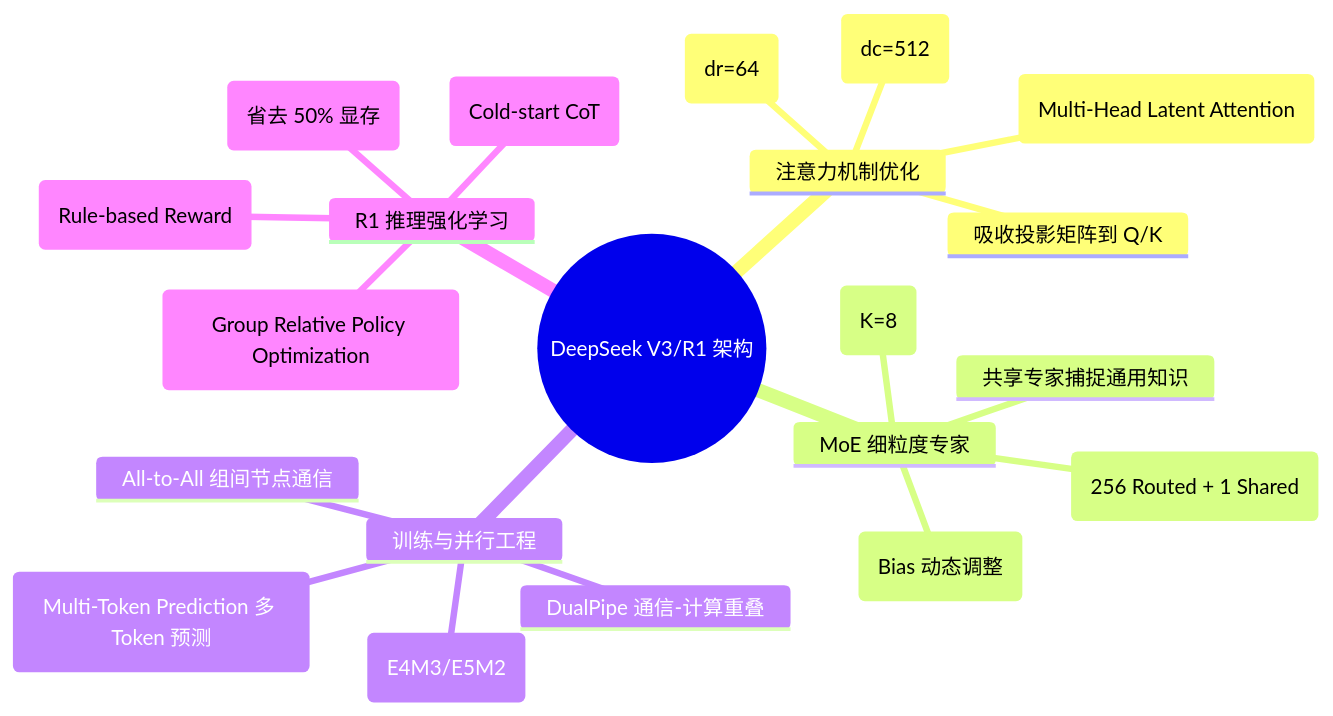
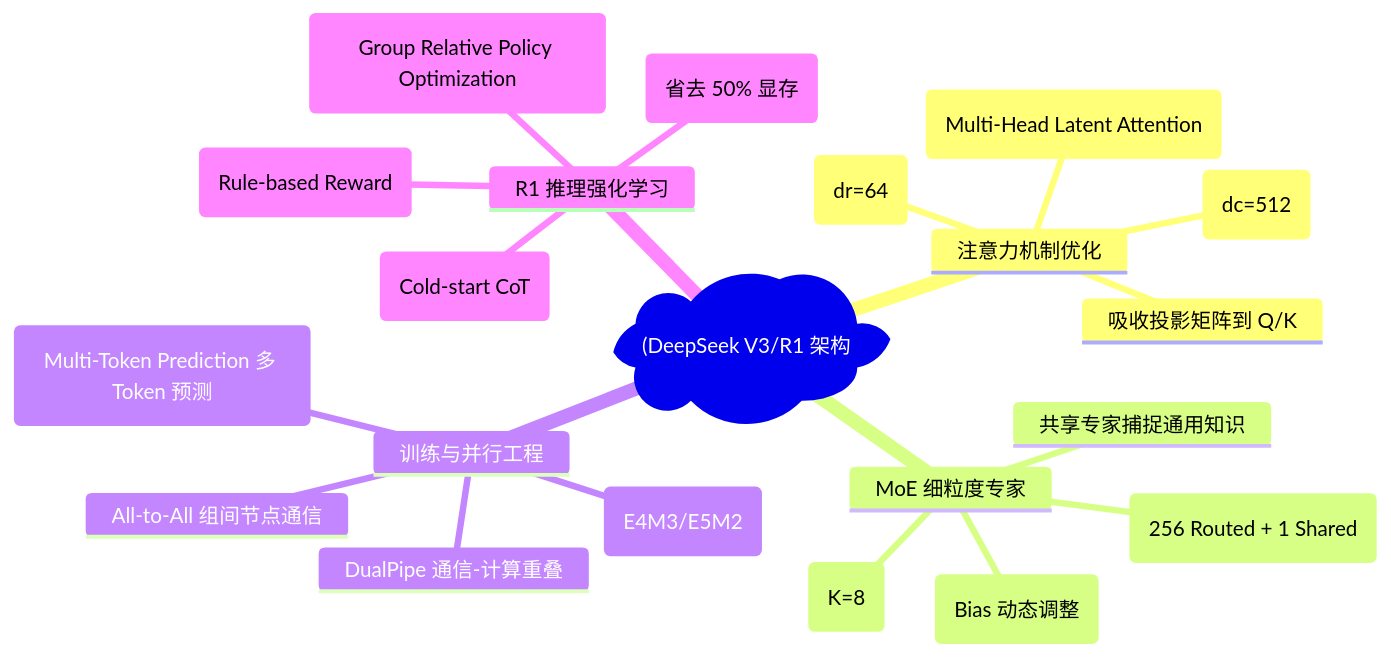
The first of 7 diagrams in docs/atlas/deepseek.mdx (koosai/AI-Architect-Learning), drawn with Mermaid before and after one commit. The commit also changed other lines of this file and 187 other files, not shown here.

Commit message:
fix(mermaid): fix all unquoted parens and edge label syntax errors across all docs

````diff
--- a/docs/atlas/deepseek.mdx
+++ b/docs/atlas/deepseek.mdx
@@ -61,24 +61,24 @@
 ```mermaid
 mindmap
-  root((DeepSeek V3/R1 架构))
+  root("(DeepSeek V3/R1 架构"))
     注意力机制优化
       MLA (Multi-Head Latent Attention)
       KV 潜变量低秩联合压缩 (dc=512)
       RoPE 解耦位置编码 (dr=64)
       吸收投影矩阵到 Q/K
     MoE 细粒度专家
-      DeepSeekMoE (256  Routed + 1 Shared)
+      DeepSeekMoE("256  Routed + 1 Shared")
       Top-8 细粒度路由 (K=8)
       无 Aux Loss 负载均衡 (Bias 动态调整)
       共享专家捕捉通用知识
     训练与并行工程
       FP8 混合精度训练 (E4M3/E5M2)
       DualPipe 通信-计算重叠
       All-to-All 组间节点通信
       MTP (Multi-Token Prediction 多 Token 预测)
     R1 推理强化学习
       GRPO (Group Relative Policy Optimization)
       无 Critic 模型 (省去 50% 显存)
       冷启动数据 (Cold-start CoT)
       准确率与格式双重奖励 (Rule-based Reward)
 ```
````
